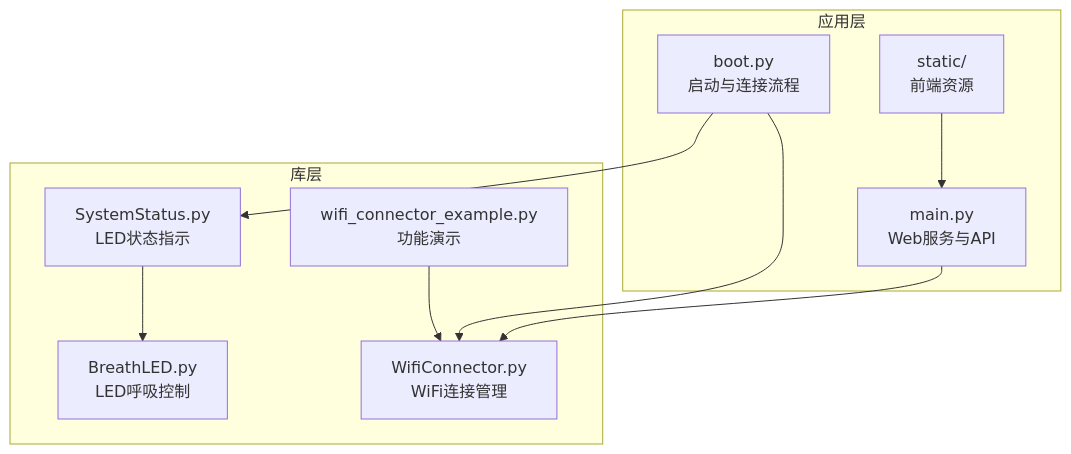
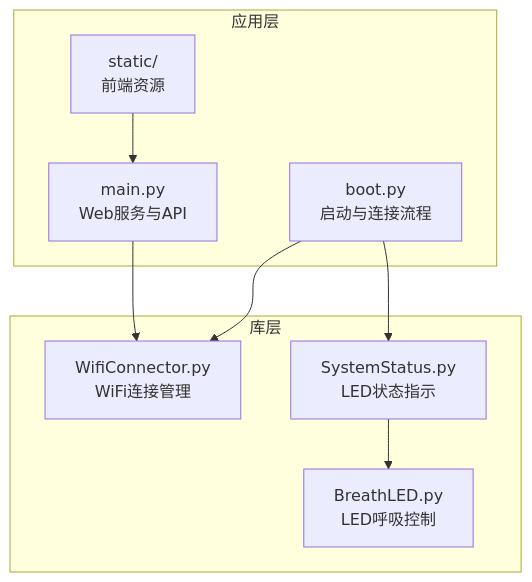
Before and after one commit to qq20739111/weilushishe-lishitai: the first of 8 diagrams in .qoder/repowiki/zh/content/核心模块/WiFi连接管理.md, drawn with Mermaid. The commit also changed other lines of this file and 23 other files, not shown here.

````diff
--- a/.qoder/repowiki/zh/content/核心模块/WiFi连接管理.md
+++ b/.qoder/repowiki/zh/content/核心模块/WiFi连接管理.md
@@ -44,20 +45,18 @@
 ```mermaid
 graph TB
 subgraph "应用层"
 BOOT["boot.py<br/>启动与连接流程"]
 MAIN["main.py<br/>Web服务与API"]
 FRONT["static/<br/>前端资源"]
 end
 subgraph "库层"
 WC["WifiConnector.py<br/>WiFi连接管理"]
 SYS["SystemStatus.py<br/>LED状态指示"]
 LED["BreathLED.py<br/>LED呼吸控制"]
-EX["wifi_connector_example.py<br/>功能演示"]
 end
 BOOT --> WC
 MAIN --> WC
 BOOT --> SYS
 SYS --> LED
-EX --> WC
 FRONT --> MAIN
 ```
````
